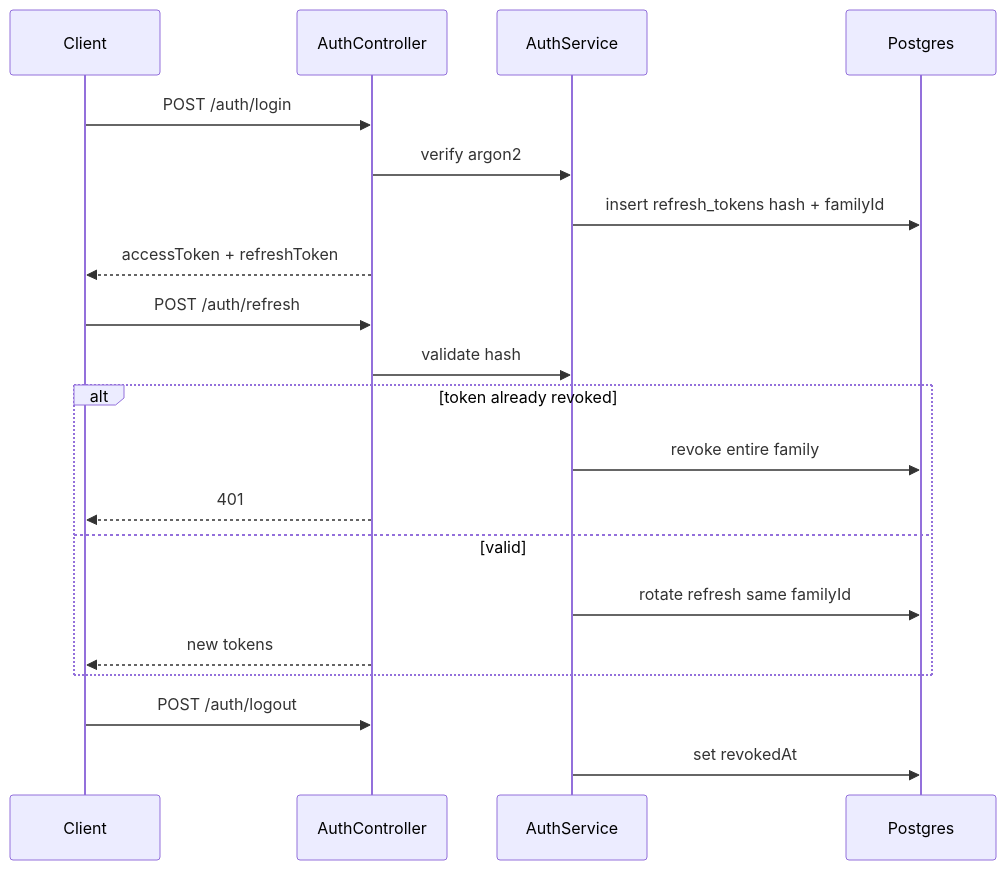
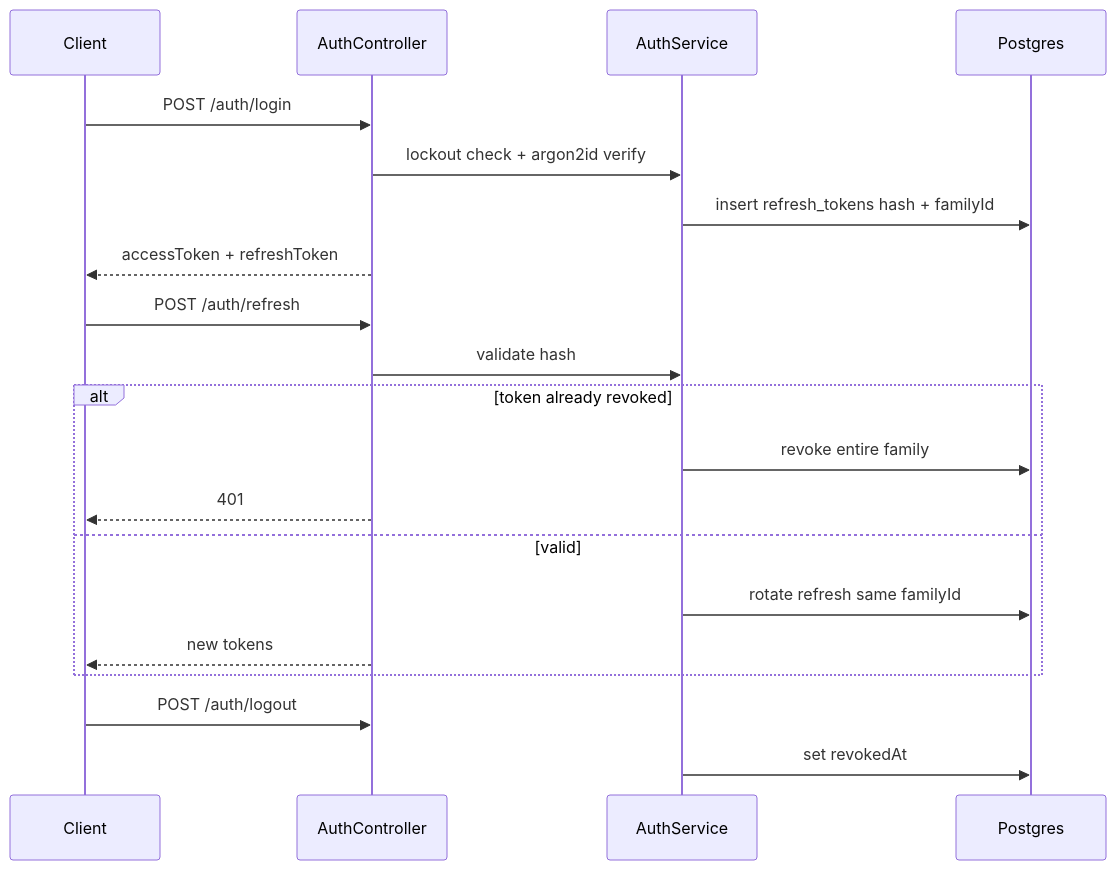
Before and after one commit to julianmeoficial/Quantia_API: the diagram in docs/architecture/auth.md, drawn with Mermaid. The commit also changed other lines of this file and 36 other files, not shown here.

````diff
--- a/docs/architecture/auth.md
+++ b/docs/architecture/auth.md
@@ -17,25 +17,25 @@
 ```mermaid
 sequenceDiagram
   participant Client
   participant Auth as AuthController
   participant Svc as AuthService
   participant DB as Postgres
 
   Client->>Auth: POST /auth/login
-  Auth->>Svc: verify argon2
+  Auth->>Svc: lockout check + argon2id verify
   Svc->>DB: insert refresh_tokens hash + familyId
   Auth-->>Client: accessToken + refreshToken
 
   Client->>Auth: POST /auth/refresh
   Auth->>Svc: validate hash
   alt token already revoked
     Svc->>DB: revoke entire family
     Auth-->>Client: 401
   else valid
     Svc->>DB: rotate refresh same familyId
     Auth-->>Client: new tokens
   end
 
   Client->>Auth: POST /auth/logout
   Svc->>DB: set revokedAt
 ```
````
